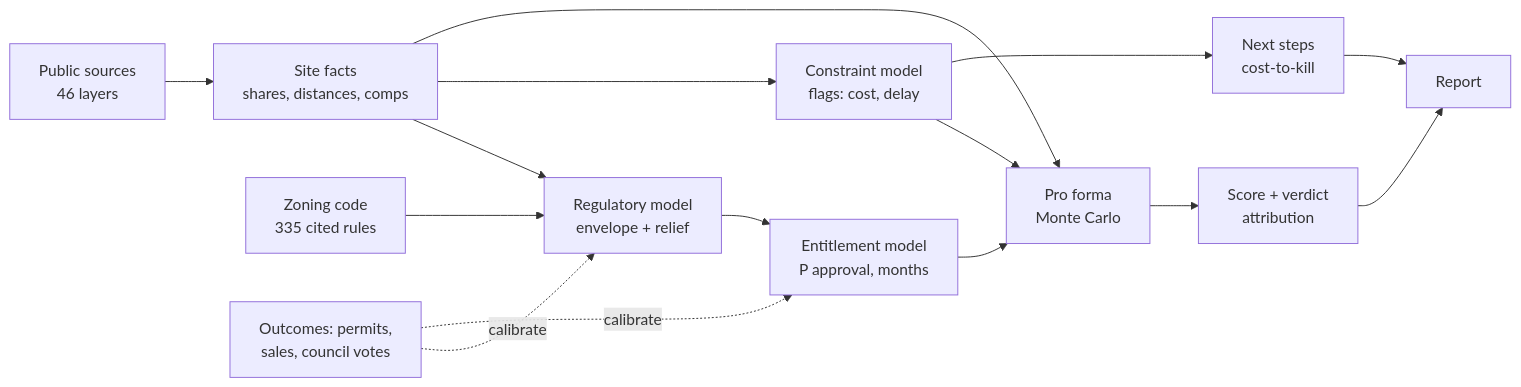
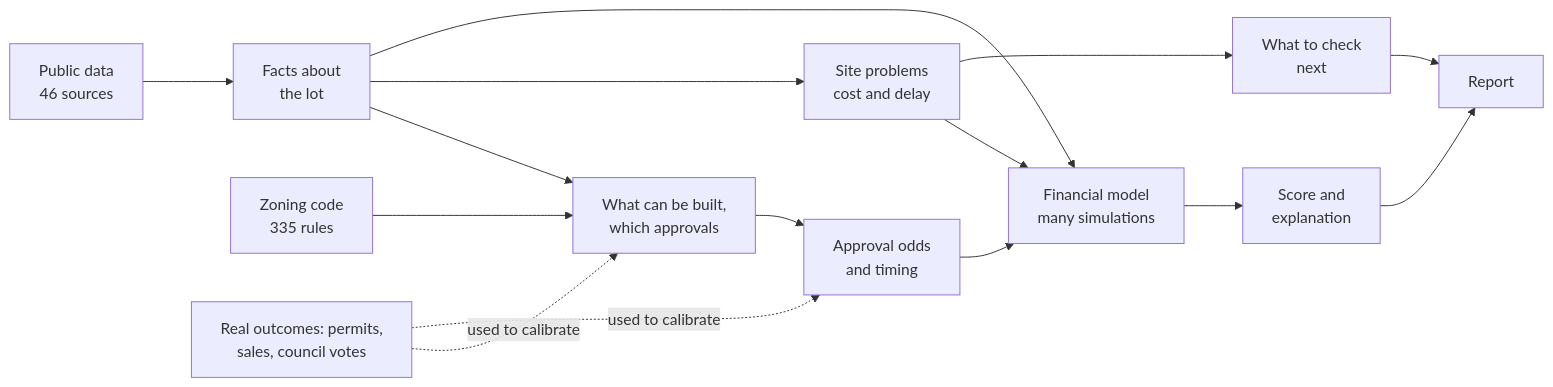
One commit to renataCalle/aihorizons-housing changed the diagram in docs/technical-report.md. Above: the diagram before and after it, drawn with Mermaid. The commit also changed other lines of this file and 16 other files, not shown here.

````diff
--- a/docs/technical-report.md
+++ b/docs/technical-report.md
@@ -38,17 +58,17 @@
 ```mermaid
 flowchart LR
-  A[Public sources<br/>46 layers] --> B[Site facts<br/>shares, distances, comps]
-  C[Zoning code<br/>335 cited rules] --> D
-  B --> D[Regulatory model<br/>envelope + relief]
-  D --> E[Entitlement model<br/>P approval, months]
-  B --> F[Constraint model<br/>flags: cost, delay]
-  E --> G[Pro forma<br/>Monte Carlo]
+  A[Public data<br/>46 sources] --> B[Facts about<br/>the lot]
+  C[Zoning code<br/>335 rules] --> D
+  B --> D[What can be built,<br/>which approvals]
+  D --> E[Approval odds<br/>and timing]
+  B --> F[Site problems<br/>cost and delay]
+  E --> G[Financial model<br/>many simulations]
   F --> G
   B --> G
-  G --> H[Score + verdict<br/>attribution]
-  F --> I[Next steps<br/>cost-to-kill]
+  G --> H[Score and<br/>explanation]
+  F --> I[What to check<br/>next]
   H --> J[Report]
   I --> J
-  K[Outcomes: permits,<br/>sales, council votes] -. calibrate .-> D
-  K -. calibrate .-> E
+  K[Real outcomes: permits,<br/>sales, council votes] -. used to calibrate .-> D
+  K -. used to calibrate .-> E
 ```
````
